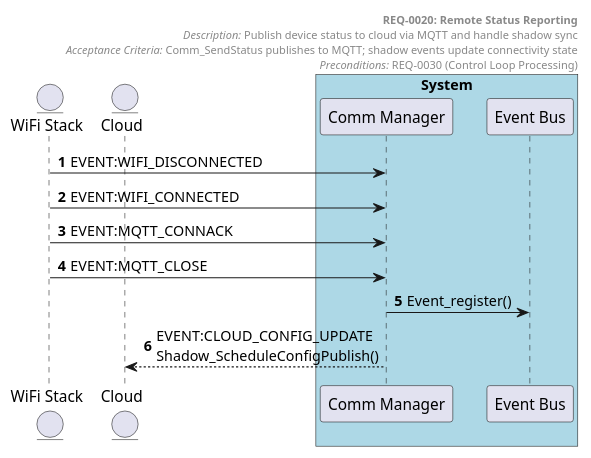
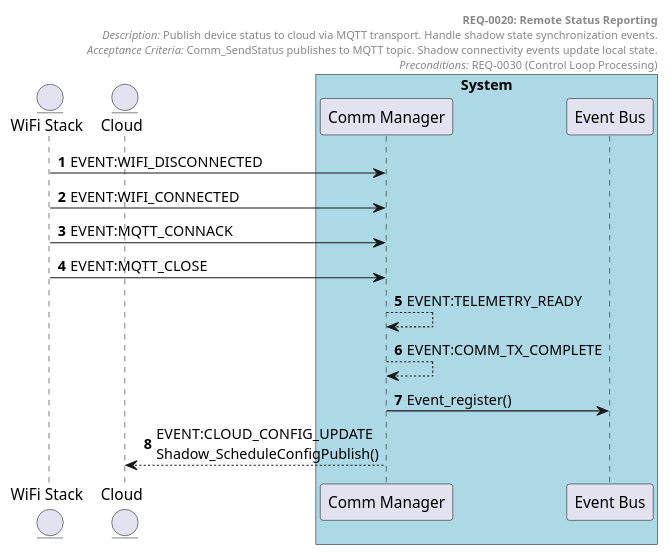
Before and after one commit to tvanfossen/doxygen-guard-example: the diagram in docs/generated/sequences/REQ-0020.puml, drawn with PlantUML. The commit also changed 19 other files, not shown here.

```diff
--- a/docs/generated/sequences/REQ-0020.puml
+++ b/docs/generated/sequences/REQ-0020.puml
@@ -1,27 +1,29 @@
 @startuml REQ-0020 Remote Status Reporting
 autonumber
 
 entity "WiFi Stack" as WiFi_Stack
 entity "Cloud" as Cloud
 
 box "System" #LightBlue
   participant "Comm Manager" as Comm_Manager
   participant "Event Bus" as Event_Bus
 end box
 
 header
   **REQ-0020: Remote Status Reporting**
-  //Description:// Publish device status to cloud via MQTT and handle shadow sync
-  //Acceptance Criteria:// Comm_SendStatus publishes to MQTT; shadow events update connectivity state
+  //Description:// Publish device status to cloud via MQTT transport. Handle shadow state synchronization events.
+  //Acceptance Criteria:// Comm_SendStatus publishes to MQTT topic. Shadow connectivity events update local state.
   //Preconditions:// REQ-0030 (Control Loop Processing)
 end header
 
 
 WiFi_Stack -> Comm_Manager: EVENT:WIFI_DISCONNECTED
 WiFi_Stack -> Comm_Manager: EVENT:WIFI_CONNECTED
 WiFi_Stack -> Comm_Manager: EVENT:MQTT_CONNACK
 WiFi_Stack -> Comm_Manager: EVENT:MQTT_CLOSE
+Comm_Manager --> Comm_Manager: EVENT:TELEMETRY_READY
+Comm_Manager --> Comm_Manager: EVENT:COMM_TX_COMPLETE
 Comm_Manager -> Event_Bus: Event_register()
 Comm_Manager --> Cloud: EVENT:CLOUD_CONFIG_UPDATE\nShadow_ScheduleConfigPublish()
 
 @enduml
```
